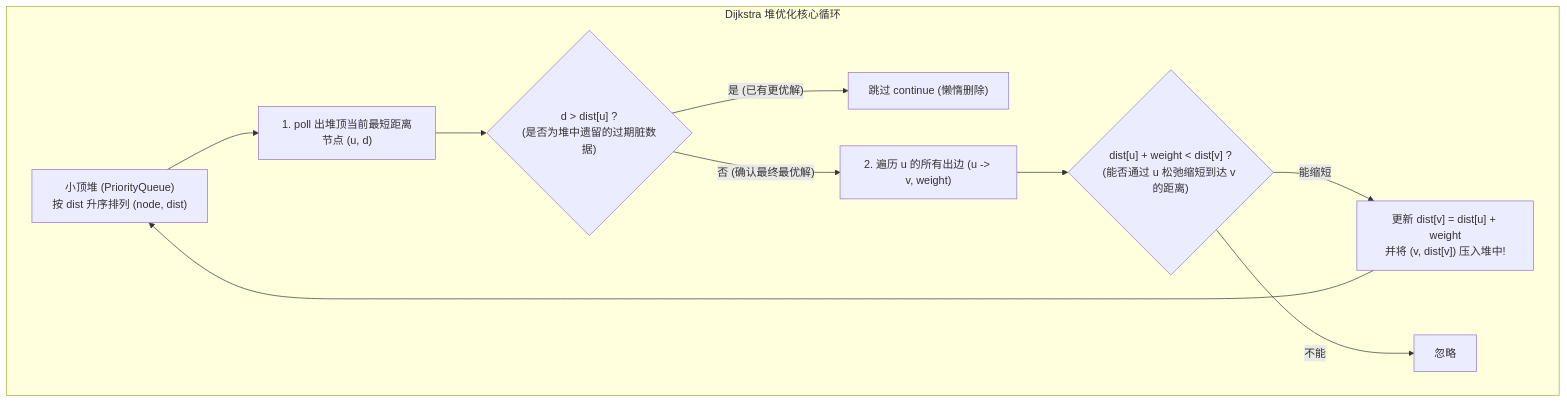
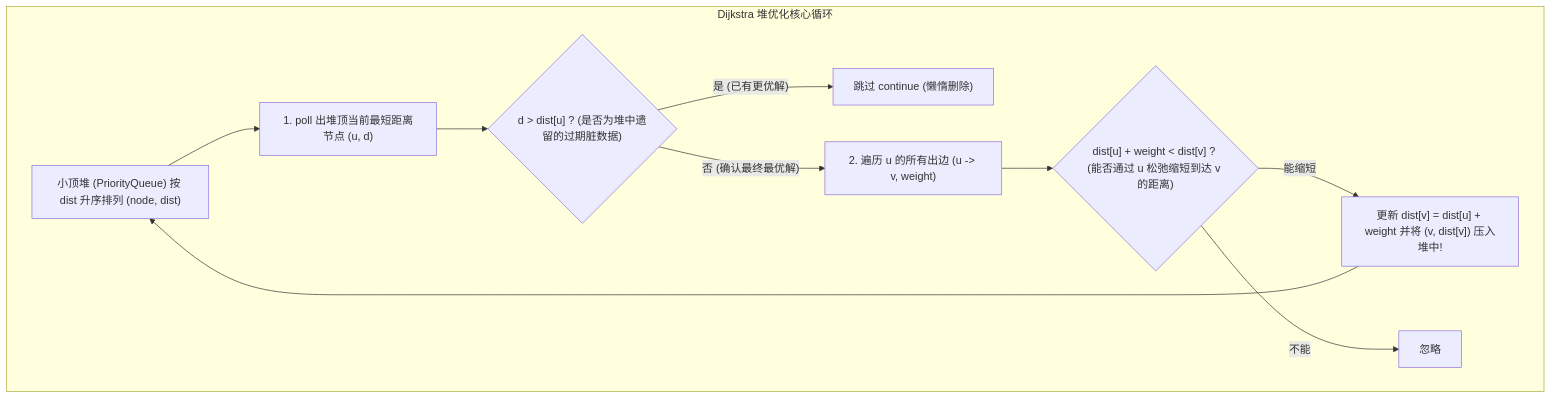
Before and after one commit to GuoWWWX/knowledge-base: the diagram in 30-算法与数据结构/04-模板与技巧/08-模板-Dijkstra.md, drawn with Mermaid. The commit also changed 251 other files, not shown here.

````diff
--- a/30-算法与数据结构/04-模板与技巧/08-模板-Dijkstra.md
+++ b/30-算法与数据结构/04-模板与技巧/08-模板-Dijkstra.md
@@ -26,13 +26,13 @@
 ```mermaid
 flowchart TD
     subgraph DijkstraCycle["Dijkstra 堆优化核心循环"]
-        PQ["小顶堆 (PriorityQueue)<br/>按 dist 升序排列 (node, dist)"] --> PollMin["1. poll 出堆顶当前最短距离节点 (u, d)"]
-        PollMin --> CheckVisited{"d > dist[u] ?<br/>(是否为堆中遗留的过期脏数据)"}
+        PQ["小顶堆 (PriorityQueue) 按 dist 升序排列 (node, dist)"] --> PollMin["1. poll 出堆顶当前最短距离节点 (u, d)"]
+        PollMin --> CheckVisited{"d > dist[u] ? (是否为堆中遗留的过期脏数据)"}
         CheckVisited -->|"是 (已有更优解)"| Continue["跳过 continue (懒惰删除)"]
         CheckVisited -->|"否 (确认最终最优解)"| Relax["2. 遍历 u 的所有出边 (u -> v, weight)"]
-        Relax --> CanRelax{"dist[u] + weight < dist[v] ?<br/>(能否通过 u 松弛缩短到达 v 的距离)"}
-        CanRelax -->|"能缩短"| Update["更新 dist[v] = dist[u] + weight<br/>并将 (v, dist[v]) 压入堆中!"]
+        Relax --> CanRelax{"dist[u] + weight < dist[v] ? (能否通过 u 松弛缩短到达 v 的距离)"}
+        CanRelax -->|"能缩短"| Update["更新 dist[v] = dist[u] + weight 并将 (v, dist[v]) 压入堆中!"]
         CanRelax -->|"不能"| Ignore["忽略"]
         Update --> PQ
     end
 ```
````
